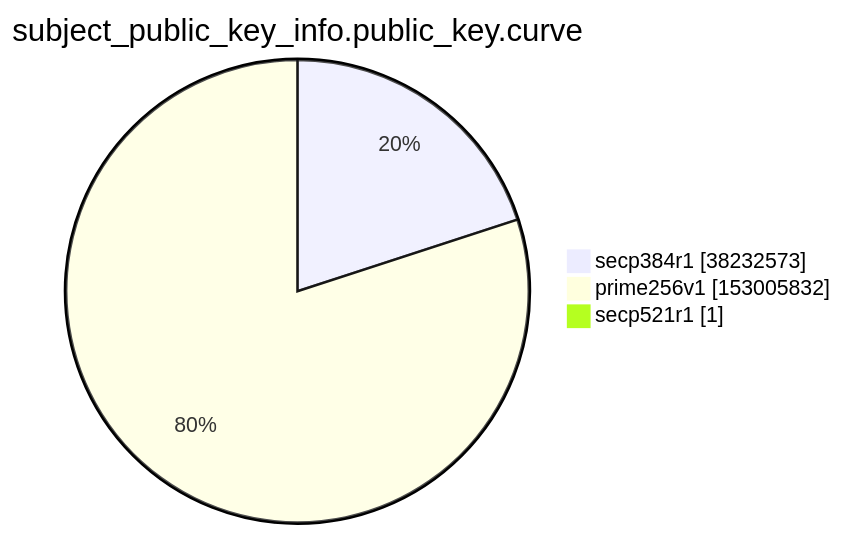
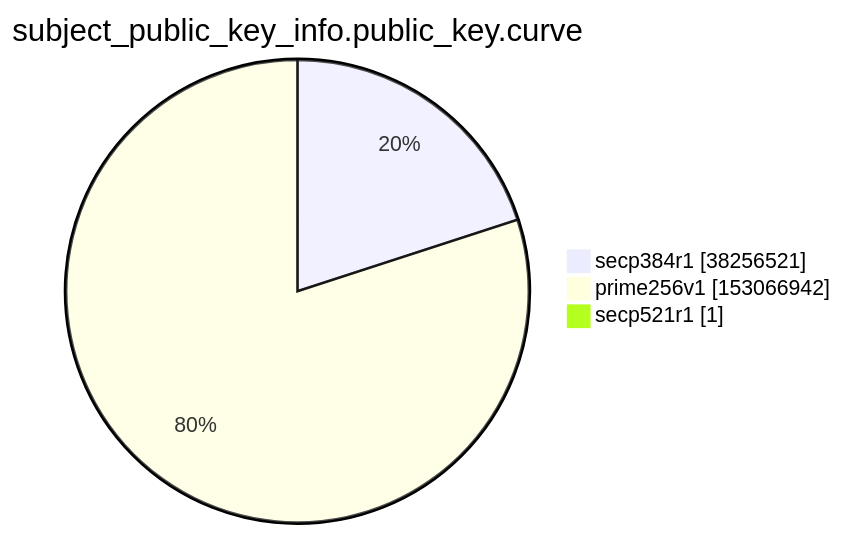
The ninth of 15 diagrams in xenon2022/README.md (christiankrug/ctmonitor_visualization), drawn with Mermaid before and after one commit. The commit also changed other lines of this file, not shown here.

````diff
--- a/xenon2022/README.md
+++ b/xenon2022/README.md
@@ -2861,7 +2861,7 @@
 ```mermaid
 pie showData
 title subject_public_key_info.public_key.curve
-"secp384r1" :38232573
-"prime256v1" :153005832
+"secp384r1" :38256521
+"prime256v1" :153066942
 "secp521r1" :1
 ```
````
